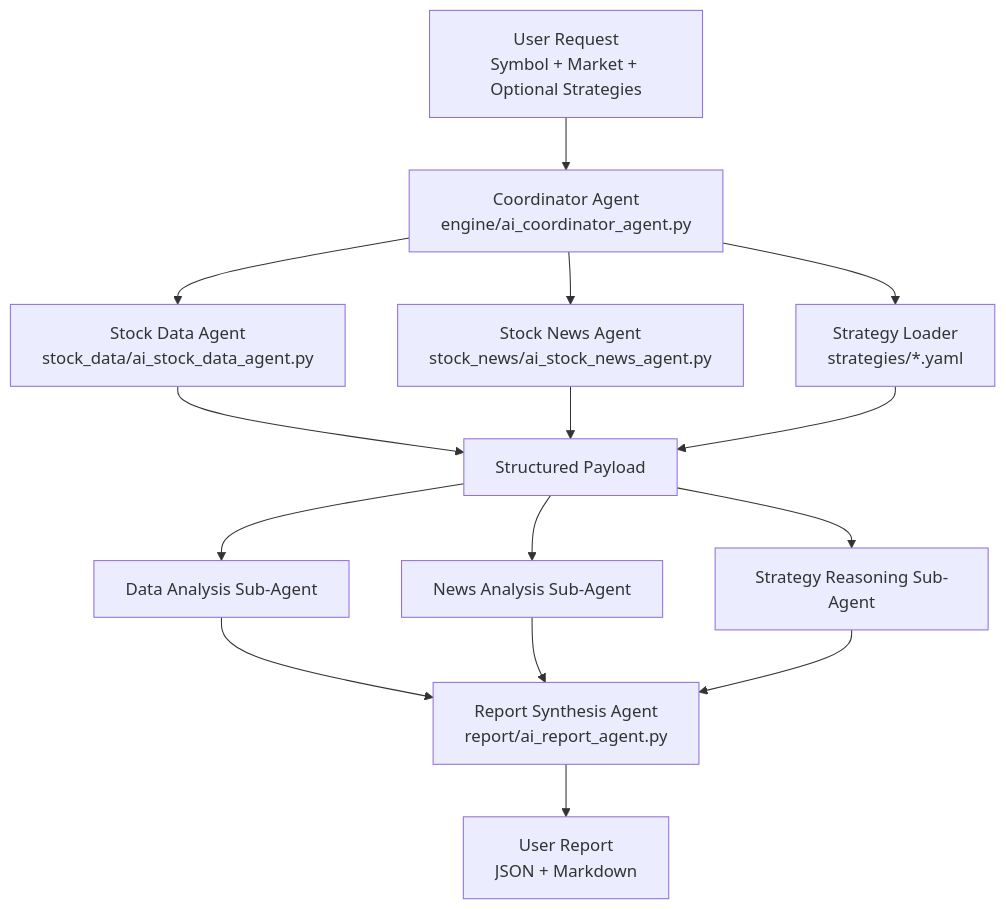
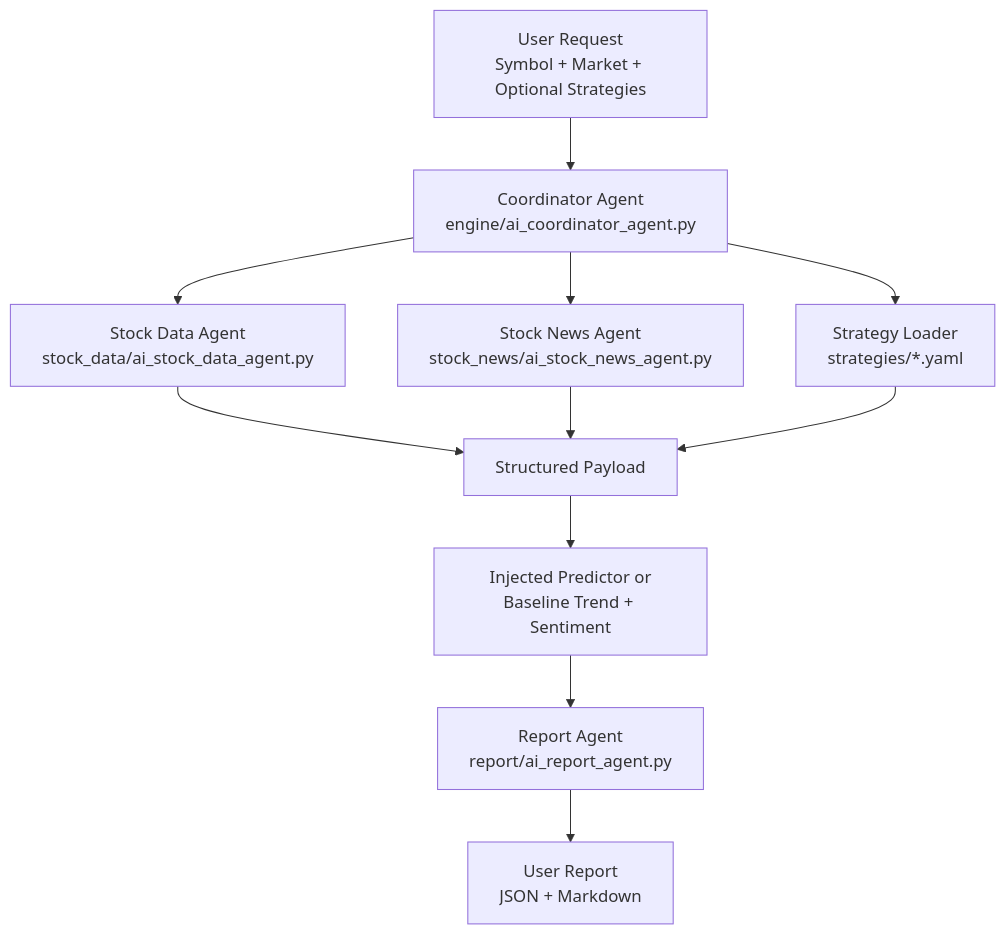
The diagram in ai_stock/readme.md (466725/sloth-python), drawn with Mermaid before and after one commit. The commit also changed other lines of this file and 2 other files, not shown here.

````diff
--- a/ai_stock/readme.md
+++ b/ai_stock/readme.md
@@ -54,17 +56,13 @@
 ```mermaid
 flowchart TD
 		U[User Request\nSymbol + Market + Optional Strategies] --> C[Coordinator Agent\nengine/ai_coordinator_agent.py]
 		C --> D[Stock Data Agent\nstock_data/ai_stock_data_agent.py]
 		C --> N[Stock News Agent\nstock_news/ai_stock_news_agent.py]
 		C --> S[Strategy Loader\nstrategies/*.yaml]
 		D --> P[Structured Payload]
 		N --> P
 		S --> P
-		P --> A1[Data Analysis Sub-Agent]
-		P --> A2[News Analysis Sub-Agent]
-		P --> A3[Strategy Reasoning Sub-Agent]
-		A1 --> R[Report Synthesis Agent\nreport/ai_report_agent.py]
-		A2 --> R
-		A3 --> R
+		P --> B[Injected Predictor or\nBaseline Trend + Sentiment]
+		B --> R[Report Agent\nreport/ai_report_agent.py]
 		R --> O[User Report\nJSON + Markdown]
 ```
````
